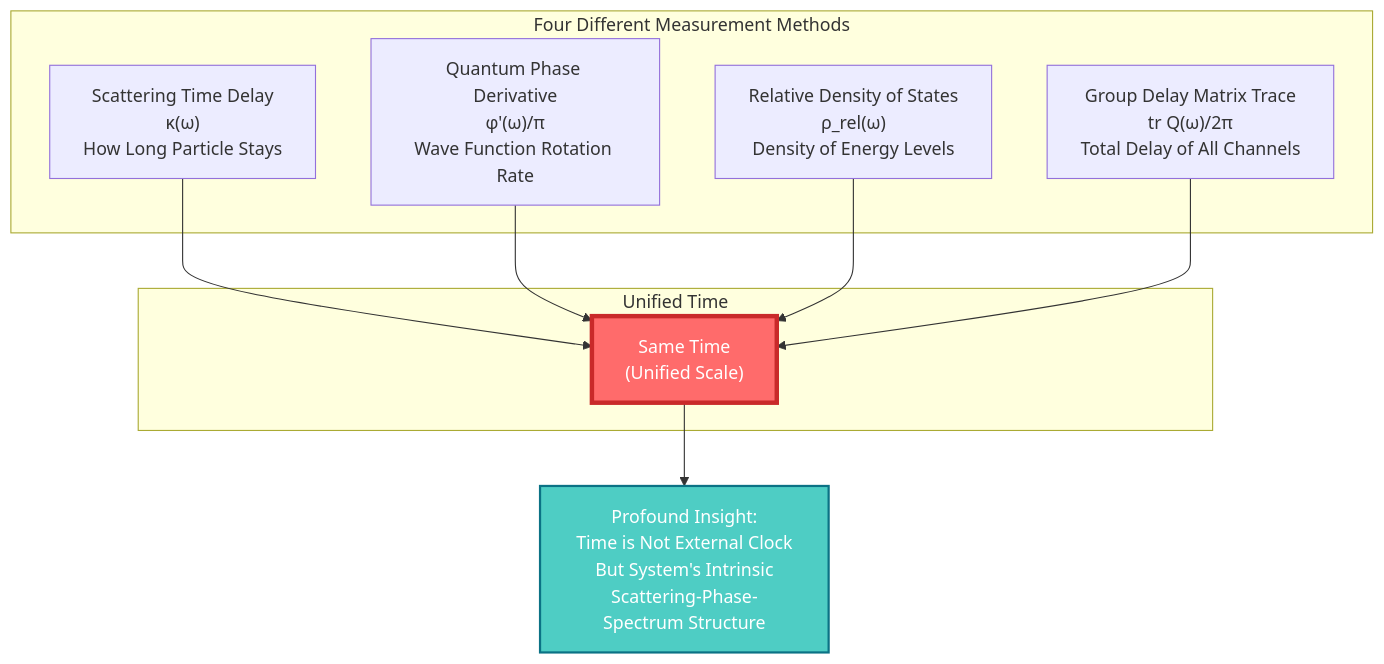
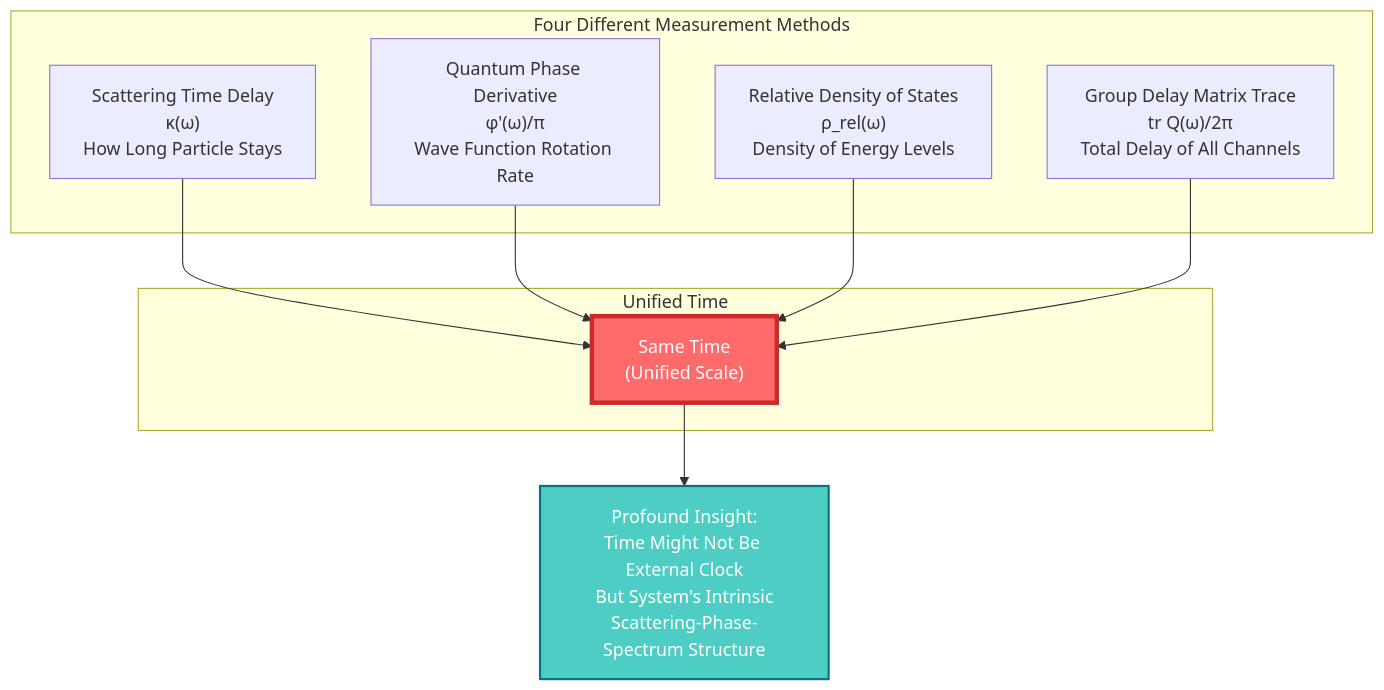
The first of 12 diagrams in docs/euler-article/gls-union/02-core-ideas/06-unity-of-five_en.md (loning/zeckendorf-hilbert), drawn with Mermaid before and after one commit. The commit also changed other lines of this file and 111 other files, not shown here.

````diff
--- a/docs/euler-article/gls-union/02-core-ideas/06-unity-of-five_en.md
+++ b/docs/euler-article/gls-union/02-core-ideas/06-unity-of-five_en.md
@@ -23,23 +23,23 @@
 ```mermaid
 graph TD
     subgraph "Four Different Measurement Methods"
         M1["Scattering Time Delay<br/>κ(ω)<br/>How Long Particle Stays"]
         M2["Quantum Phase Derivative<br/>φ'(ω)/π<br/>Wave Function Rotation Rate"]
         M3["Relative Density of States<br/>ρ_rel(ω)<br/>Density of Energy Levels"]
         M4["Group Delay Matrix Trace<br/>tr Q(ω)/2π<br/>Total Delay of All Channels"]
     end
 
     subgraph "Unified Time"
         Unity["Same Time<br/>(Unified Scale)"]
     end
 
     M1 --> Unity
     M2 --> Unity
     M3 --> Unity
     M4 --> Unity
 
-    Unity --> Insight["Profound Insight:<br/>Time is Not External Clock<br/>But System's Intrinsic<br/>Scattering-Phase-Spectrum Structure"]
+    Unity --> Insight["Profound Insight:<br/>Time Might Not Be External Clock<br/>But System's Intrinsic<br/>Scattering-Phase-Spectrum Structure"]
 
     style Unity fill:#ff6b6b,stroke:#c92a2a,stroke-width:4px,color:#fff
     style Insight fill:#4ecdc4,stroke:#0b7285,stroke-width:2px,color:#fff
 ```
````
